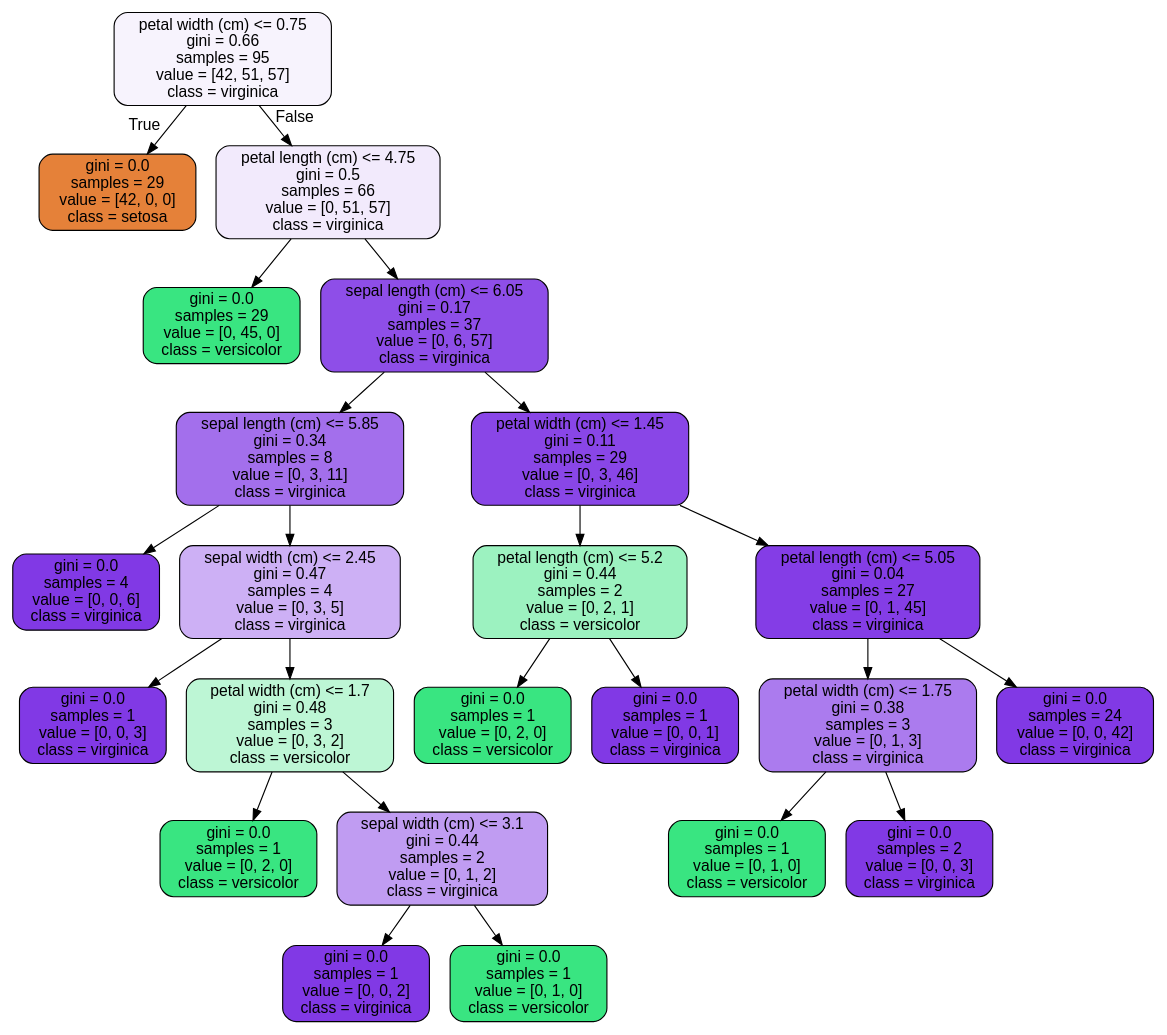
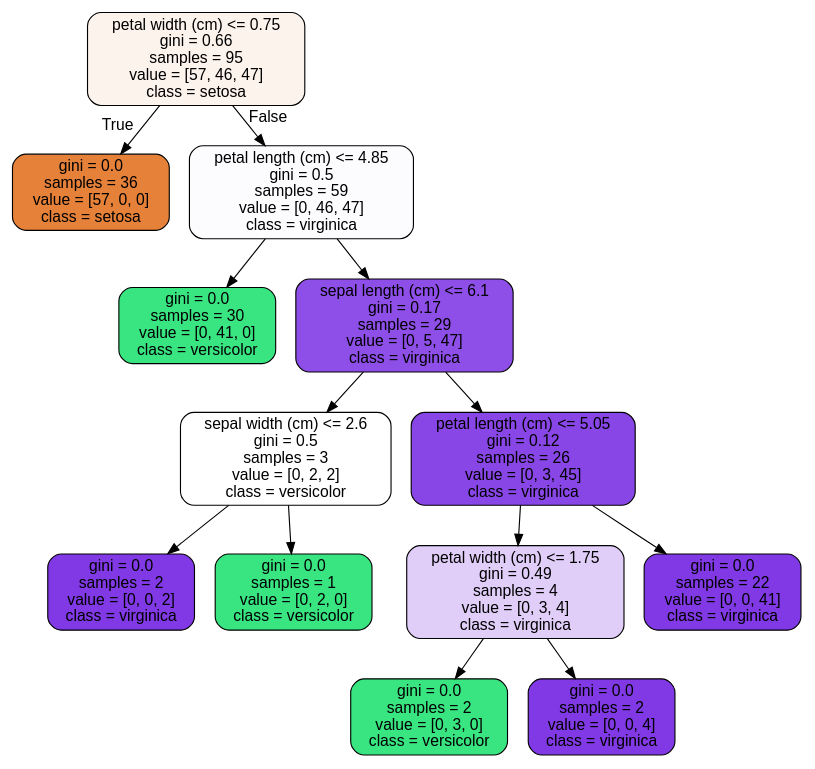
Before and after one commit to parthyadav13/Mini-Projects: the diagram in 1593492590_RandomForest_Covid_Case_Study_06302020/RandomForest Covid Case Study_06302020/tree.dot, drawn with Graphviz. The commit also changed 5 other files, not shown here.

```diff
--- a/1593492590_RandomForest_Covid_Case_Study_06302020/RandomForest Covid Case Study_06302020/tree.dot
+++ b/1593492590_RandomForest_Covid_Case_Study_06302020/RandomForest Covid Case Study_06302020/tree.dot
@@ -1,49 +1,29 @@
 digraph Tree {
 node [shape=box, style="filled, rounded", color="black", fontname=helvetica] ;
 edge [fontname=helvetica] ;
-0 [label="petal width (cm) <= 0.75\ngini = 0.66\nsamples = 95\nvalue = [42, 51, 57]\nclass = virginica", fillcolor="#f7f3fd"] ;
-1 [label="gini = 0.0\nsamples = 29\nvalue = [42, 0, 0]\nclass = setosa", fillcolor="#e58139"] ;
+0 [label="petal width (cm) <= 0.75\ngini = 0.66\nsamples = 95\nvalue = [57, 46, 47]\nclass = setosa", fillcolor="#fcf3ec"] ;
+1 [label="gini = 0.0\nsamples = 36\nvalue = [57, 0, 0]\nclass = setosa", fillcolor="#e58139"] ;
 0 -> 1 [labeldistance=2.5, labelangle=45, headlabel="True"] ;
-2 [label="petal length (cm) <= 4.75\ngini = 0.5\nsamples = 66\nvalue = [0, 51, 57]\nclass = virginica", fillcolor="#f2eafc"] ;
+2 [label="petal length (cm) <= 4.85\ngini = 0.5\nsamples = 59\nvalue = [0, 46, 47]\nclass = virginica", fillcolor="#fcfbfe"] ;
 0 -> 2 [labeldistance=2.5, labelangle=-45, headlabel="False"] ;
-3 [label="gini = 0.0\nsamples = 29\nvalue = [0, 45, 0]\nclass = versicolor", fillcolor="#39e581"] ;
+3 [label="gini = 0.0\nsamples = 30\nvalue = [0, 41, 0]\nclass = versicolor", fillcolor="#39e581"] ;
 2 -> 3 ;
-4 [label="sepal length (cm) <= 6.05\ngini = 0.17\nsamples = 37\nvalue = [0, 6, 57]\nclass = virginica", fillcolor="#8e4ee8"] ;
+4 [label="sepal length (cm) <= 6.1\ngini = 0.17\nsamples = 29\nvalue = [0, 5, 47]\nclass = virginica", fillcolor="#8e4ee8"] ;
 2 -> 4 ;
-5 [label="sepal length (cm) <= 5.85\ngini = 0.34\nsamples = 8\nvalue = [0, 3, 11]\nclass = virginica", fillcolor="#a36fec"] ;
+5 [label="sepal width (cm) <= 2.6\ngini = 0.5\nsamples = 3\nvalue = [0, 2, 2]\nclass = versicolor", fillcolor="#ffffff"] ;
 4 -> 5 ;
-6 [label="gini = 0.0\nsamples = 4\nvalue = [0, 0, 6]\nclass = virginica", fillcolor="#8139e5"] ;
+6 [label="gini = 0.0\nsamples = 2\nvalue = [0, 0, 2]\nclass = virginica", fillcolor="#8139e5"] ;
 5 -> 6 ;
-7 [label="sepal width (cm) <= 2.45\ngini = 0.47\nsamples = 4\nvalue = [0, 3, 5]\nclass = virginica", fillcolor="#cdb0f5"] ;
+7 [label="gini = 0.0\nsamples = 1\nvalue = [0, 2, 0]\nclass = versicolor", fillcolor="#39e581"] ;
 5 -> 7 ;
-8 [label="gini = 0.0\nsamples = 1\nvalue = [0, 0, 3]\nclass = virginica", fillcolor="#8139e5"] ;
-7 -> 8 ;
-9 [label="petal width (cm) <= 1.7\ngini = 0.48\nsamples = 3\nvalue = [0, 3, 2]\nclass = versicolor", fillcolor="#bdf6d5"] ;
-7 -> 9 ;
-10 [label="gini = 0.0\nsamples = 1\nvalue = [0, 2, 0]\nclass = versicolor", fillcolor="#39e581"] ;
+8 [label="petal length (cm) <= 5.05\ngini = 0.12\nsamples = 26\nvalue = [0, 3, 45]\nclass = virginica", fillcolor="#8946e7"] ;
+4 -> 8 ;
+9 [label="petal width (cm) <= 1.75\ngini = 0.49\nsamples = 4\nvalue = [0, 3, 4]\nclass = virginica", fillcolor="#e0cef8"] ;
+8 -> 9 ;
+10 [label="gini = 0.0\nsamples = 2\nvalue = [0, 3, 0]\nclass = versicolor", fillcolor="#39e581"] ;
 9 -> 10 ;
-11 [label="sepal width (cm) <= 3.1\ngini = 0.44\nsamples = 2\nvalue = [0, 1, 2]\nclass = virginica", fillcolor="#c09cf2"] ;
+11 [label="gini = 0.0\nsamples = 2\nvalue = [0, 0, 4]\nclass = virginica", fillcolor="#8139e5"] ;
 9 -> 11 ;
-12 [label="gini = 0.0\nsamples = 1\nvalue = [0, 0, 2]\nclass = virginica", fillcolor="#8139e5"] ;
-11 -> 12 ;
-13 [label="gini = 0.0\nsamples = 1\nvalue = [0, 1, 0]\nclass = versicolor", fillcolor="#39e581"] ;
-11 -> 13 ;
-14 [label="petal width (cm) <= 1.45\ngini = 0.11\nsamples = 29\nvalue = [0, 3, 46]\nclass = virginica", fillcolor="#8946e7"] ;
-4 -> 14 ;
-15 [label="petal length (cm) <= 5.2\ngini = 0.44\nsamples = 2\nvalue = [0, 2, 1]\nclass = versicolor", fillcolor="#9cf2c0"] ;
-14 -> 15 ;
-16 [label="gini = 0.0\nsamples = 1\nvalue = [0, 2, 0]\nclass = versicolor", fillcolor="#39e581"] ;
-15 -> 16 ;
-17 [label="gini = 0.0\nsamples = 1\nvalue = [0, 0, 1]\nclass = virginica", fillcolor="#8139e5"] ;
-15 -> 17 ;
-18 [label="petal length (cm) <= 5.05\ngini = 0.04\nsamples = 27\nvalue = [0, 1, 45]\nclass = virginica", fillcolor="#843de6"] ;
-14 -> 18 ;
-19 [label="petal width (cm) <= 1.75\ngini = 0.38\nsamples = 3\nvalue = [0, 1, 3]\nclass = virginica", fillcolor="#ab7bee"] ;
-18 -> 19 ;
-20 [label="gini = 0.0\nsamples = 1\nvalue = [0, 1, 0]\nclass = versicolor", fillcolor="#39e581"] ;
-19 -> 20 ;
-21 [label="gini = 0.0\nsamples = 2\nvalue = [0, 0, 3]\nclass = virginica", fillcolor="#8139e5"] ;
-19 -> 21 ;
-22 [label="gini = 0.0\nsamples = 24\nvalue = [0, 0, 42]\nclass = virginica", fillcolor="#8139e5"] ;
-18 -> 22 ;
+12 [label="gini = 0.0\nsamples = 22\nvalue = [0, 0, 41]\nclass = virginica", fillcolor="#8139e5"] ;
+8 -> 12 ;
 }
```
